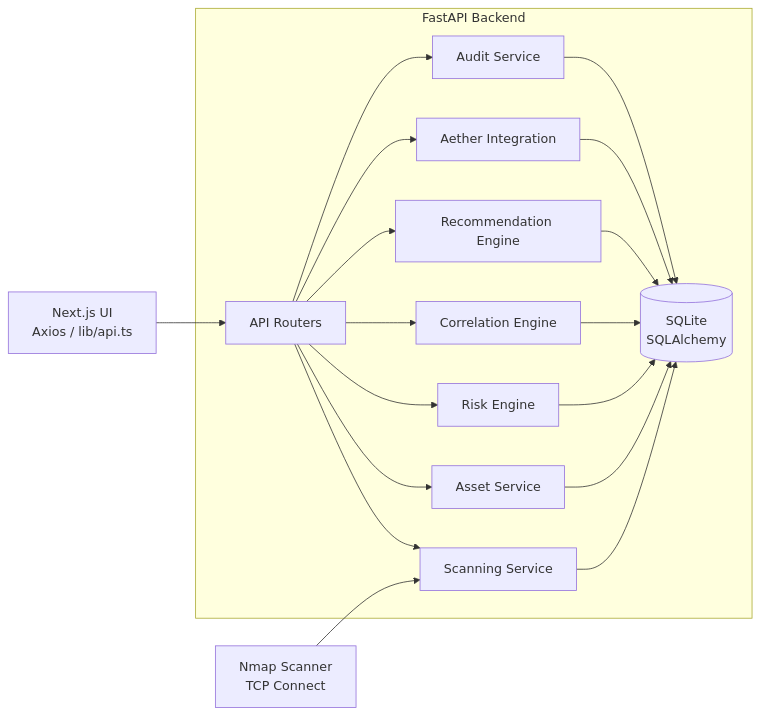
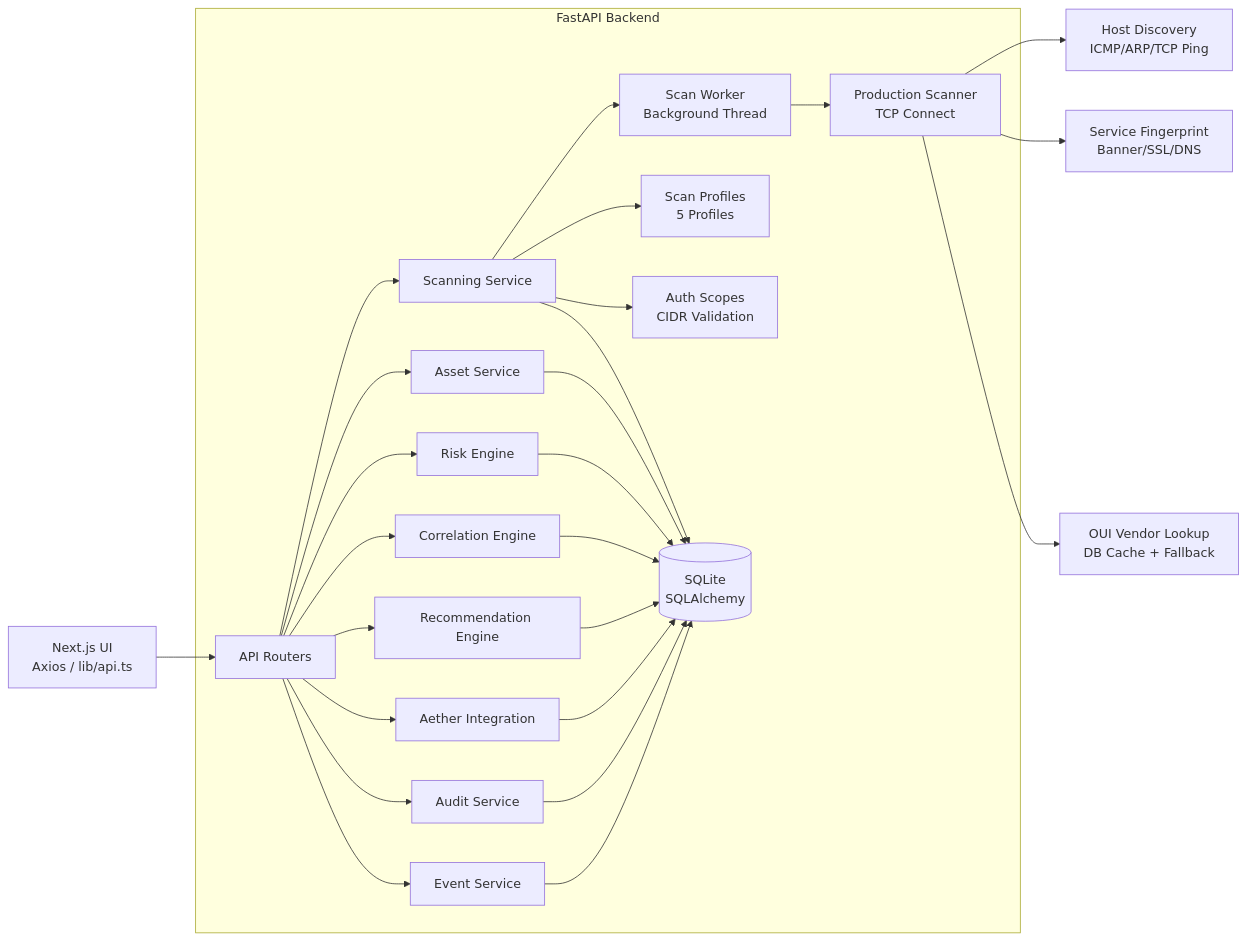
The second of 3 diagrams in ARCHITECTURE.md (AngelP17/Security-Operations-Center-SOC-), drawn with Mermaid before and after one commit. The commit also changed other lines of this file and 4 other files, not shown here.

Commit message:
docs: update README, ARCHITECTURE, DOCKER_DEPLOYMENT, and ui-overhaul with scan control center, evidence routes, lint/build info

````diff
--- a/ARCHITECTURE.md
+++ b/ARCHITECTURE.md
@@ -55,23 +61,32 @@
 ```mermaid
 graph LR
     subgraph "FastAPI Backend"
         Router[API Routers] --> ScanSvc[Scanning Service]
         Router --> AssetSvc[Asset Service]
         Router --> RiskSvc[Risk Engine]
         Router --> CorrSvc[Correlation Engine]
         Router --> RecSvc[Recommendation Engine]
         Router --> AetherSvc[Aether Integration]
         Router --> AuditSvc[Audit Service]
+        Router --> EventSvc[Event Service]
+
+        ScanSvc --> Worker[Scan Worker<br/>Background Thread]
+        Worker --> Scanner[Production Scanner<br/>TCP Connect]
+        ScanSvc --> Profiles[Scan Profiles<br/>5 Profiles]
+        ScanSvc --> AuthScope[Auth Scopes<br/>CIDR Validation]
 
         ScanSvc --> ORM[(SQLite<br/>SQLAlchemy)]
         AssetSvc --> ORM
         RiskSvc --> ORM
         CorrSvc --> ORM
         RecSvc --> ORM
         AetherSvc --> ORM
         AuditSvc --> ORM
+        EventSvc --> ORM
     end
 
     UI[Next.js UI<br/>Axios / lib/api.ts] --> Router
-    Scanner[Nmap Scanner<br/>TCP Connect] --> ScanSvc
+    Scanner --> Discovery[Host Discovery<br/>ICMP/ARP/TCP Ping]
+    Scanner --> Fingerprint[Service Fingerprint<br/>Banner/SSL/DNS]
+    Scanner --> OUI[OUI Vendor Lookup<br/>DB Cache + Fallback]
 ```
````
